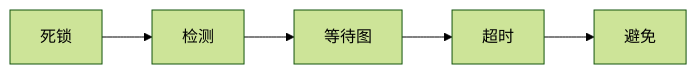
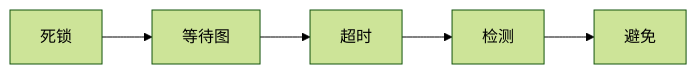
The diagram in 基础知识/数据库/死锁检测与避免.md (tghrxxxyyy/knowledge-base), drawn with Mermaid (forest theme) before and after one commit. The commit also changed other lines of this file and 385 other files, not shown here.

````diff
--- a/基础知识/数据库/死锁检测与避免.md
+++ b/基础知识/数据库/死锁检测与避免.md
@@ -19,9 +19,9 @@
 ```mermaid
 flowchart LR
     A[死锁]
-    B[检测]
-    C[等待图]
-    D[超时]
+    B[等待图]
+    C[超时]
+    D[检测]
     E[避免]
     A --> B --> C --> D --> E
 ```
````
